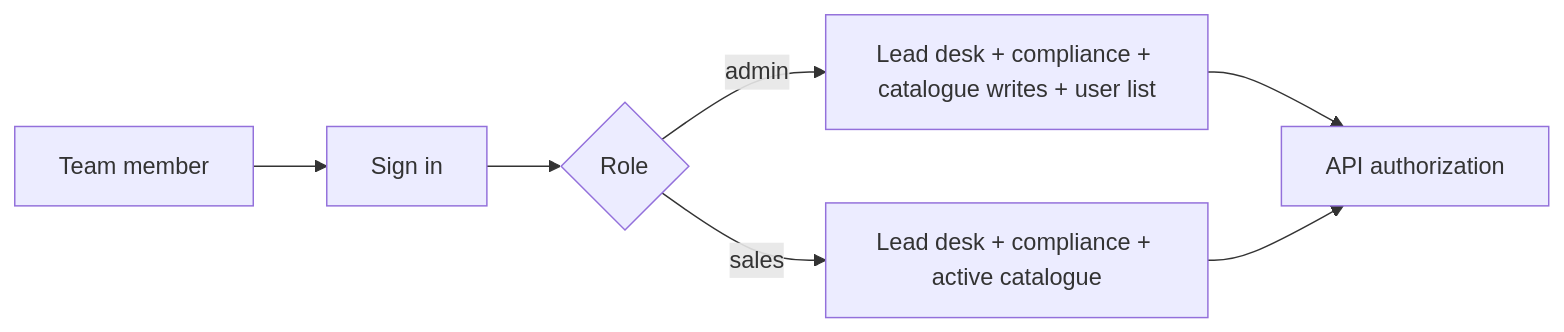
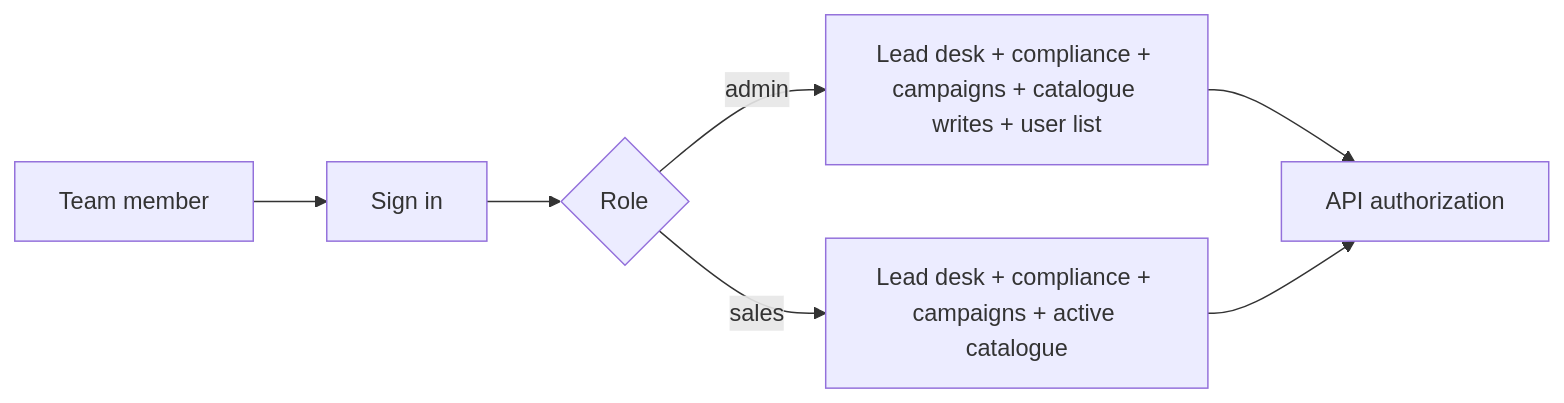
The third of 7 diagrams in docs/full-wadi-documentation.md (Herman-Gathege/webloom-sales-engine), drawn with Mermaid before and after one commit. The commit also changed other lines of this file and 71 other files, not shown here.

````diff
--- a/docs/full-wadi-documentation.md
+++ b/docs/full-wadi-documentation.md
@@ -109,9 +109,9 @@
 ```mermaid
 flowchart LR
     USER[Team member] --> LOGIN[Sign in]
     LOGIN --> ROLE{Role}
-    ROLE -->|admin| ADMIN[Lead desk + compliance + catalogue writes + user list]
-    ROLE -->|sales| SALES[Lead desk + compliance + active catalogue]
+    ROLE -->|admin| ADMIN[Lead desk + compliance + campaigns + catalogue writes + user list]
+    ROLE -->|sales| SALES[Lead desk + compliance + campaigns + active catalogue]
     ADMIN --> API[API authorization]
     SALES --> API
 ```
````
